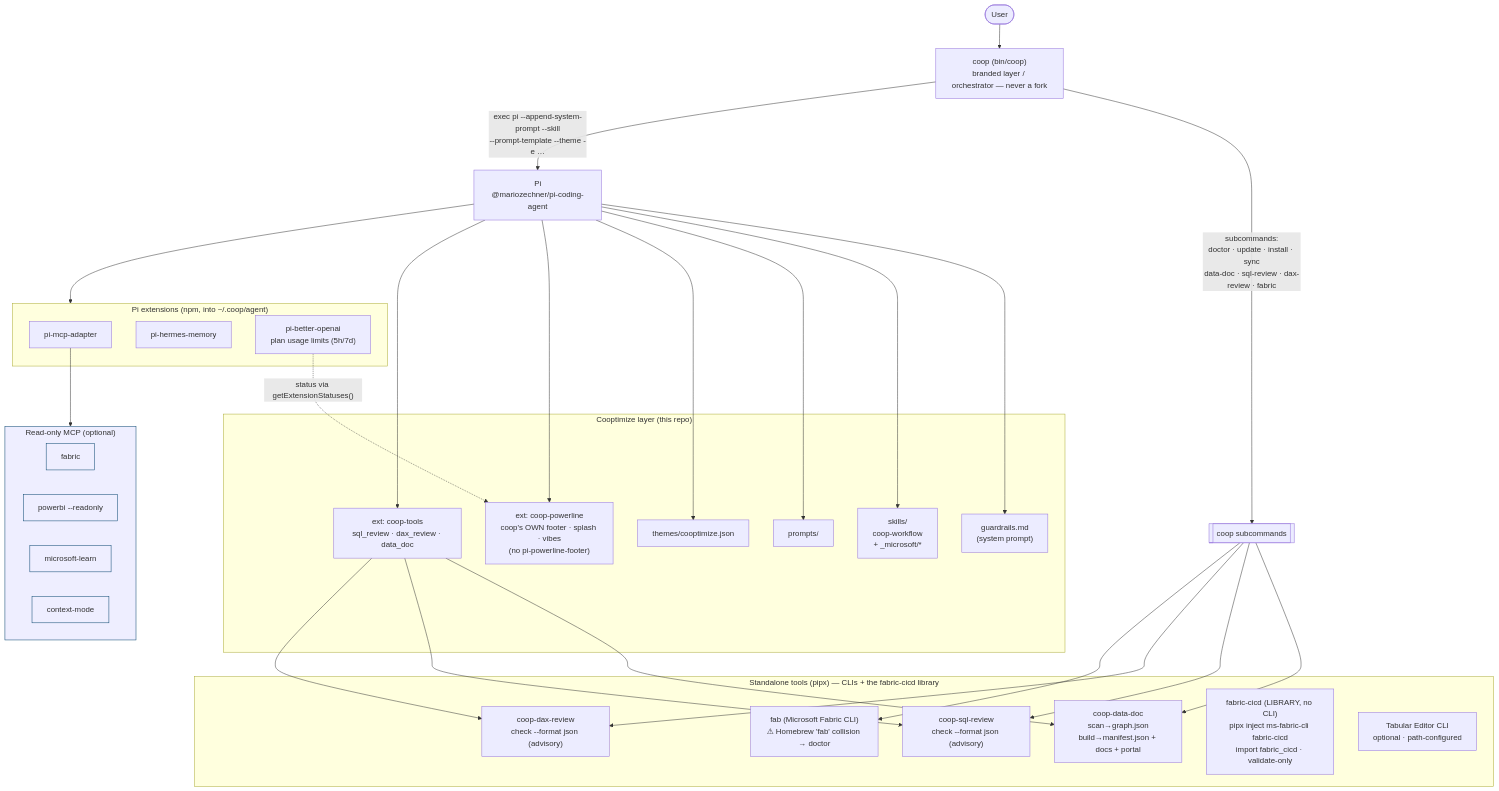
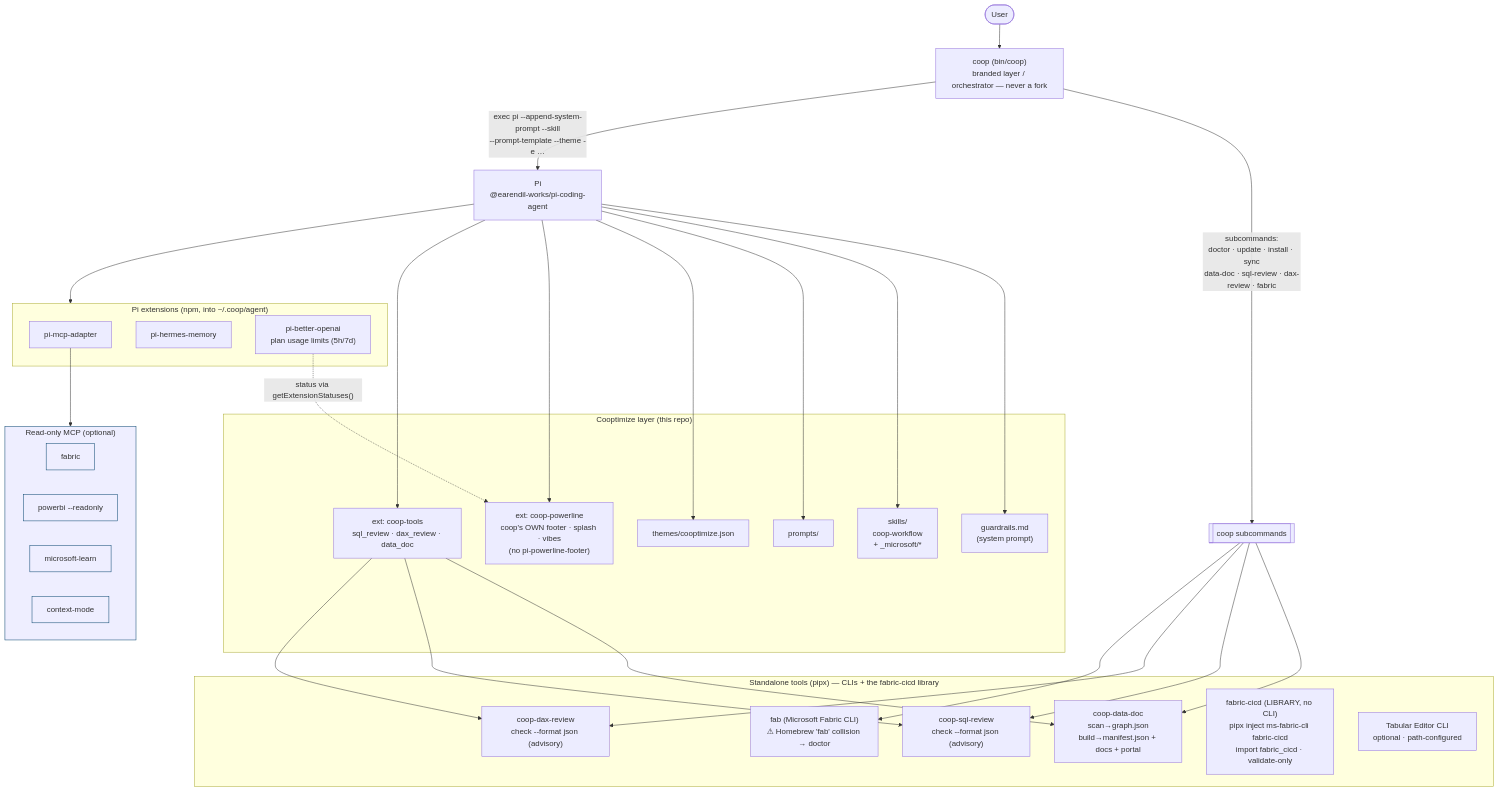
One commit to kabukisensei/coop-agent changed the diagram in docs/architecture.md. Above: the diagram before and after it, drawn with Mermaid. The commit also changed other lines of this file and 18 other files, not shown here.

````diff
--- a/docs/architecture.md
+++ b/docs/architecture.md
@@ -111,58 +111,58 @@
 ```mermaid
 flowchart TD
     user([User]) --> coop["coop (bin/coop)\nbranded layer / orchestrator — never a fork"]
 
     coop -- "subcommands:\ndoctor · update · install · sync\ndata-doc · sql-review · dax-review · fabric" --> subs[[coop subcommands]]
-    coop -- "exec pi --append-system-prompt --skill\n--prompt-template --theme -e …" --> pi["Pi\n@mariozechner/pi-coding-agent"]
+    coop -- "exec pi --append-system-prompt --skill\n--prompt-template --theme -e …" --> pi["Pi\n@earendil-works/pi-coding-agent"]
 
     subgraph LAYER["Cooptimize layer (this repo)"]
       guard["guardrails.md\n(system prompt)"]
       skills["skills/\ncoop-workflow\n+ _microsoft/*"]
       prompts["prompts/"]
       theme["themes/cooptimize.json"]
       ext_pl["ext: coop-powerline\ncoop's OWN footer · splash · vibes\n(no pi-powerline-footer)"]
       ext_tools["ext: coop-tools\nsql_review · dax_review · data_doc"]
     end
 
     pi --> guard
     pi --> skills
     pi --> prompts
     pi --> theme
     pi --> ext_pl
     pi --> ext_tools
 
     subgraph PIEXT["Pi extensions (npm, into ~/.coop/agent)"]
       mcpad["pi-mcp-adapter"]
       mem["pi-hermes-memory"]
       bopenai["pi-better-openai\nplan usage limits (5h/7d)"]
     end
     pi --> PIEXT
     bopenai -. "status via getExtensionStatuses()" .-> ext_pl
 
     subgraph TOOLS["Standalone tools (pipx) — CLIs + the fabric-cicd library"]
       datadoc["coop-data-doc\nscan→graph.json\nbuild→manifest.json + docs + portal"]
       sqlrev["coop-sql-review\ncheck --format json (advisory)"]
       daxrev["coop-dax-review\ncheck --format json (advisory)"]
       fab["fab (Microsoft Fabric CLI)\n⚠ Homebrew 'fab' collision → doctor"]
       cicd["fabric-cicd (LIBRARY, no CLI)\npipx inject ms-fabric-cli fabric-cicd\nimport fabric_cicd · validate-only"]
       te["Tabular Editor CLI\noptional · path-configured"]
     end
     subs --> datadoc
     subs --> sqlrev
     subs --> daxrev
     subs --> fab
     ext_tools --> datadoc
     ext_tools --> sqlrev
     ext_tools --> daxrev
 
     subgraph MCP["Read-only MCP (optional)"]
       fmcp["fabric"]
       pmcp["powerbi --readonly"]
       lmcp["microsoft-learn"]
       cmcp["context-mode"]
     end
     mcpad --> MCP
 
     classDef ro fill:#eef,stroke:#00416B
     class MCP,fmcp,pmcp,lmcp,cmcp ro
 ```
````
